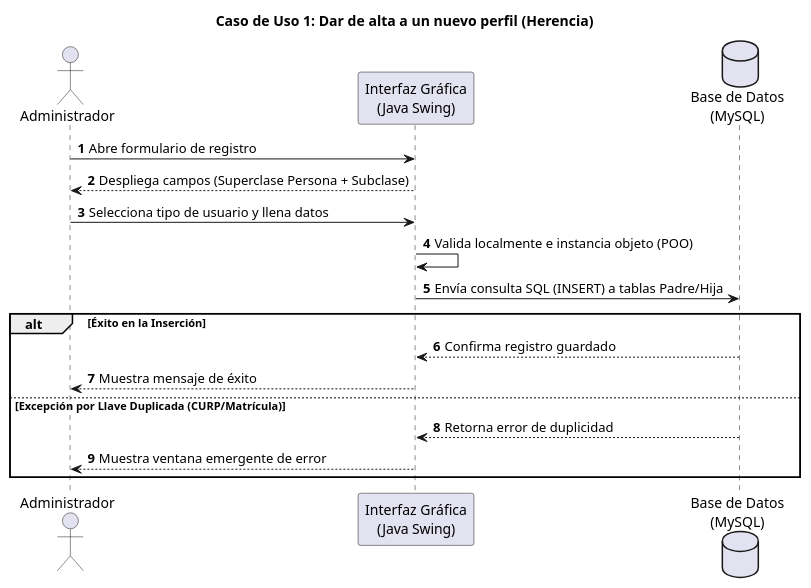
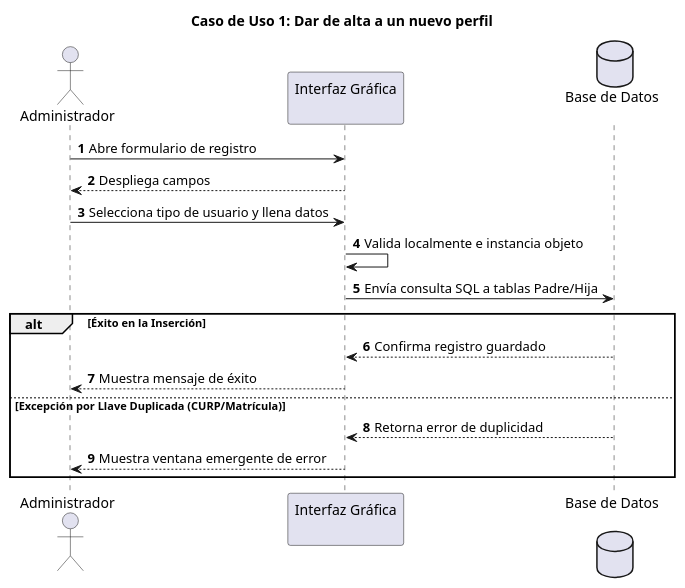
Before and after one commit to elipaulina1311-del/TrabajoEquipo: the diagram in TrabajoEquipo/Caso1.puml, drawn with PlantUML. The commit also changed 10 other files, not shown here.

```diff
--- a/TrabajoEquipo/Caso1.puml
+++ b/TrabajoEquipo/Caso1.puml
@@ -1,25 +1,25 @@
 @startuml
 autonumber
 skinparam BoxPadding 10
 skinparam ParticipantPadding 10
 
-title Caso de Uso 1: Dar de alta a un nuevo perfil (Herencia)
+title Caso de Uso 1: Dar de alta a un nuevo perfil 
 
 actor "Administrador" as Admin
-participant "Interfaz Gráfica\n(Java Swing)" as UI
-database "Base de Datos\n(MySQL)" as DB
+participant "Interfaz Gráfica\n" as UI
+database "Base de Datos\n" as DB
 
 Admin -> UI: Abre formulario de registro
-UI --> Admin: Despliega campos (Superclase Persona + Subclase)
+UI --> Admin: Despliega campos
 Admin -> UI: Selecciona tipo de usuario y llena datos
-UI -> UI: Valida localmente e instancia objeto (POO)
-UI -> DB: Envía consulta SQL (INSERT) a tablas Padre/Hija
+UI -> UI: Valida localmente e instancia objeto
+UI -> DB: Envía consulta SQL a tablas Padre/Hija
 alt Éxito en la Inserción
     DB --> UI: Confirma registro guardado
     UI --> Admin: Muestra mensaje de éxito
 else Excepción por Llave Duplicada (CURP/Matrícula)
     DB --> UI: Retorna error de duplicidad
     UI --> Admin: Muestra ventana emergente de error
 end
 
 @enduml
```
